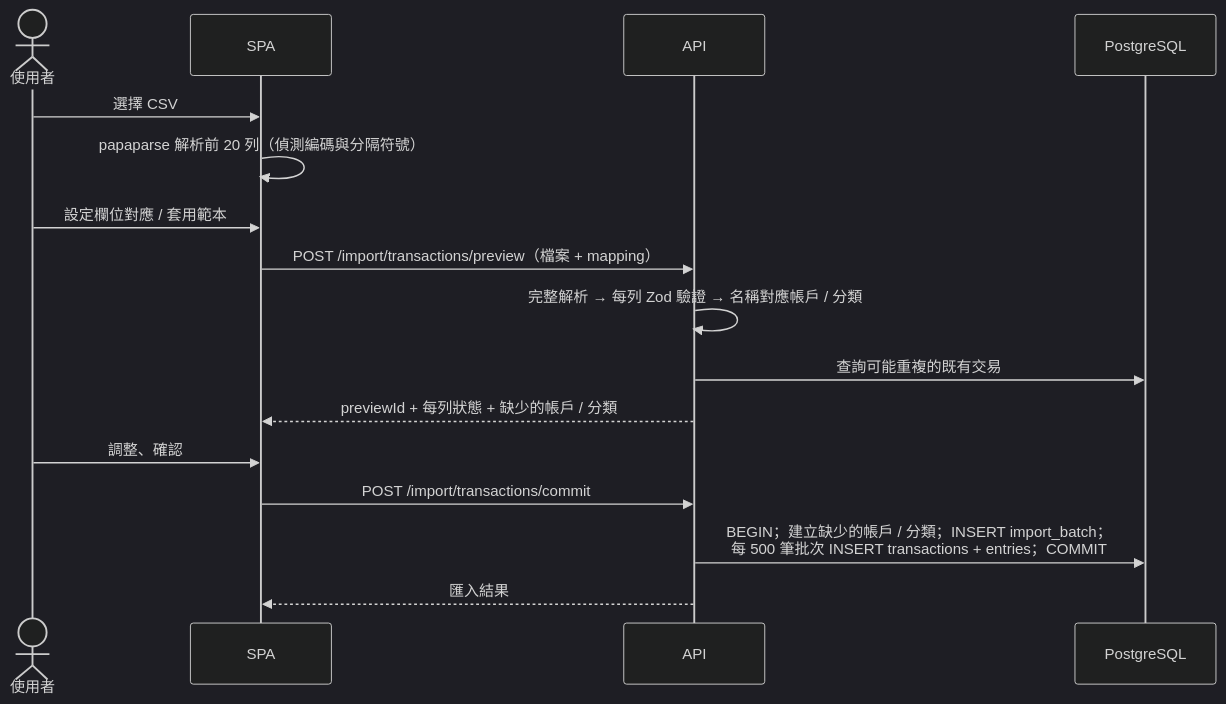
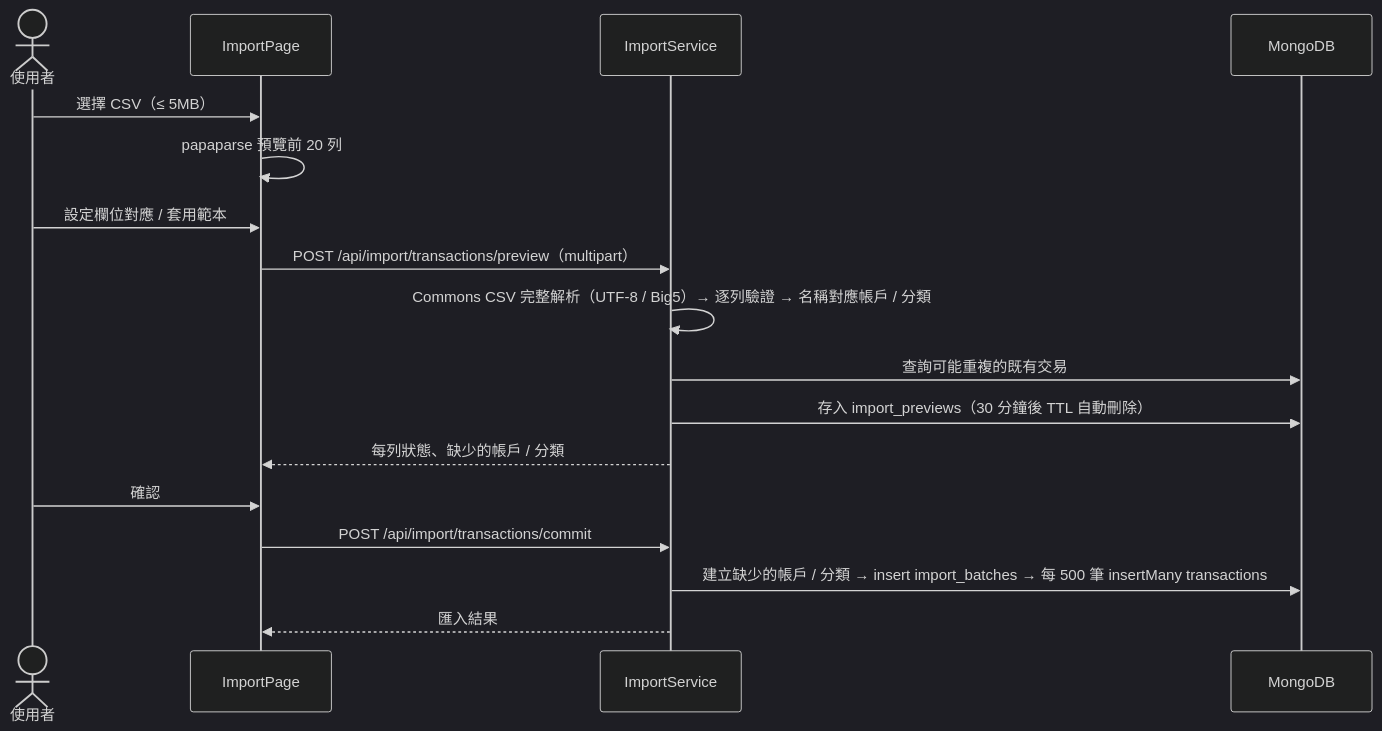
One commit to alexsuze/do-accounts changed the fifth of 6 diagrams in docs/SD.md. Above: the diagram before and after it, drawn with Mermaid (dark theme). The commit also changed other lines of this file and 3 other files, not shown here.

````diff
--- a/docs/SD.md
+++ b/docs/SD.md
@@ -648,19 +655,20 @@
 ```mermaid
 sequenceDiagram
     actor U as 使用者
-    participant W as SPA
-    participant A as API
-    participant DB as PostgreSQL
+    participant W as ImportPage
+    participant A as ImportService
+    participant DB as MongoDB
 
-    U->>W: 選擇 CSV
-    W->>W: papaparse 解析前 20 列（偵測編碼與分隔符號）
+    U->>W: 選擇 CSV（≤ 5MB）
+    W->>W: papaparse 預覽前 20 列
     U->>W: 設定欄位對應 / 套用範本
-    W->>A: POST /import/transactions/preview（檔案 + mapping）
-    A->>A: 完整解析 → 每列 Zod 驗證 → 名稱對應帳戶 / 分類
+    W->>A: POST /api/import/transactions/preview（multipart）
+    A->>A: Commons CSV 完整解析（UTF-8 / Big5）→ 逐列驗證 → 名稱對應帳戶 / 分類
     A->>DB: 查詢可能重複的既有交易
-    A-->>W: previewId + 每列狀態 + 缺少的帳戶 / 分類
-    U->>W: 調整、確認
-    W->>A: POST /import/transactions/commit
-    A->>DB: BEGIN；建立缺少的帳戶 / 分類；INSERT import_batch；<br/>每 500 筆批次 INSERT transactions + entries；COMMIT
+    A->>DB: 存入 import_previews（30 分鐘後 TTL 自動刪除）
+    A-->>W: 每列狀態、缺少的帳戶 / 分類
+    U->>W: 確認
+    W->>A: POST /api/import/transactions/commit
+    A->>DB: 建立缺少的帳戶 / 分類 → insert import_batches → 每 500 筆 insertMany transactions
     A-->>W: 匯入結果
 ```
````
